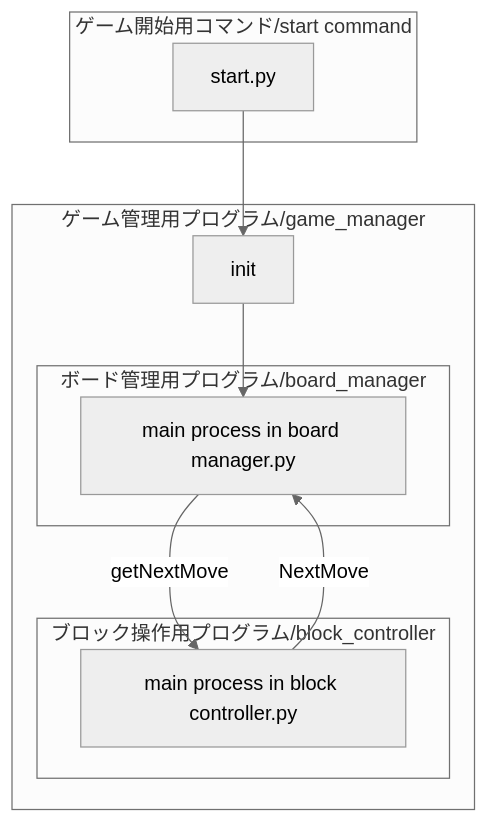
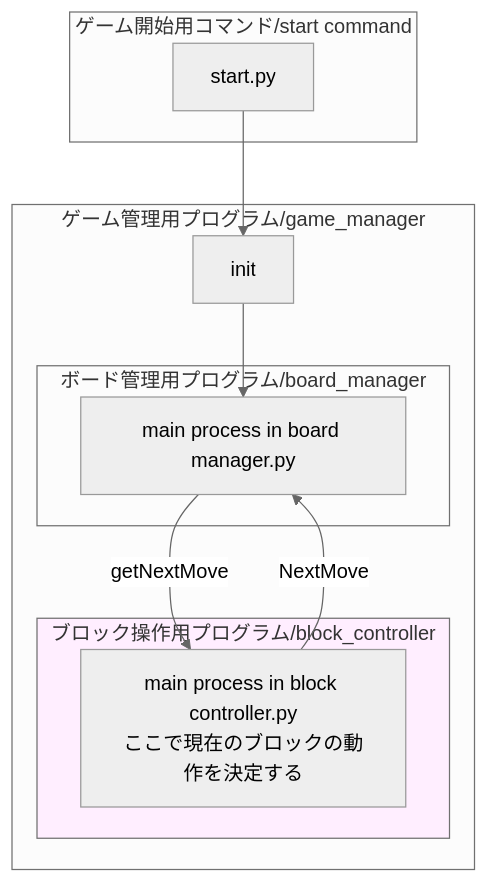
Before and after one commit to seigot/tools: the diagram in tetris/README.md, drawn with Mermaid (neutral theme).

````diff
--- a/tetris/README.md
+++ b/tetris/README.md
@@ -5,22 +5,23 @@
 ```mermaid
   graph TB
 
   subgraph ゲーム管理用プログラム/game_manager
     B1["init"]-->C1
     C1["main process in board manager.py"]
-    D1["main process in block controller.py"]
+    D1["main process in block controller.py<br>ここで現在のブロックの動作を決定する"]
     C1 --getNextMove--> D1
     D1 --NextMove--> C1
     subgraph ボード管理用プログラム/board_manager
         C1
     end
     subgraph ブロック操作用プログラム/block_controller
         D1
     end
   end
 
 
   subgraph ゲーム開始用コマンド/start command
      A1[start.py] --> B1
   end
+style ブロック操作用プログラム/block_controller fill:#fef
 ```
````
